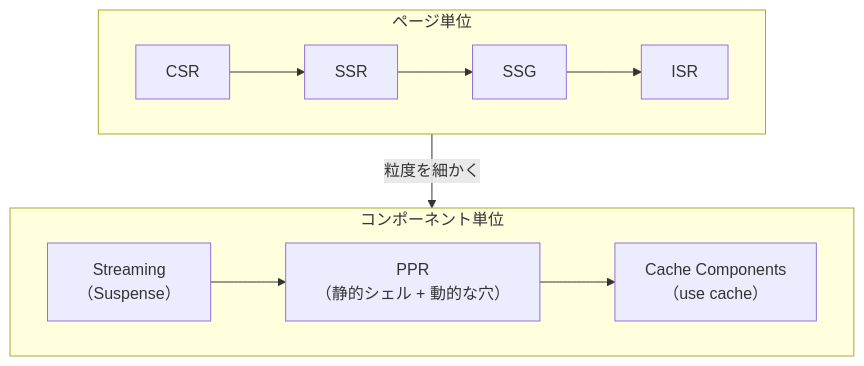
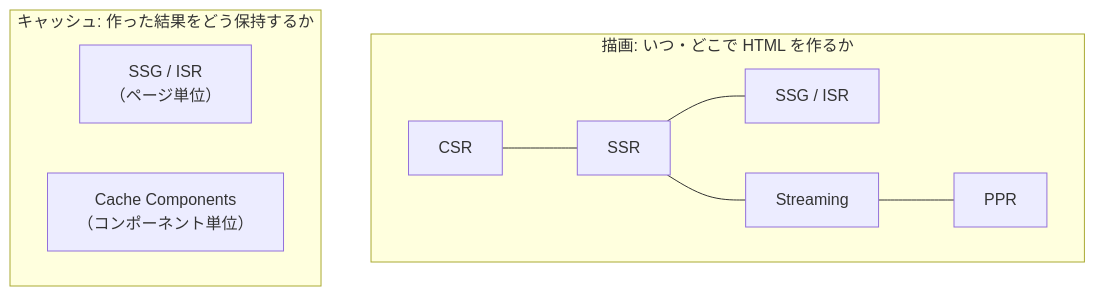
One commit to ozaki25/web-front-training-ozaki25 changed the sixth of 6 diagrams in docs/drafts/004/index.md. Above: the diagram before and after it, drawn with Mermaid. The commit also changed other lines of this file, not shown here.

````diff
--- a/docs/drafts/004/index.md
+++ b/docs/drafts/004/index.md
@@ -221,12 +232,14 @@
 ```mermaid
 flowchart TB
-  subgraph page_level["ページ単位"]
+  subgraph rendering["描画: いつ・どこで HTML を作るか"]
     direction LR
-    CSR["CSR"] --> SSR["SSR"] --> SSG["SSG"] --> ISR["ISR"]
+    CSR["CSR"] --- SSR["SSR"] --- SSG["SSG / ISR"]
+    SSR --- Streaming["Streaming"]
+    Streaming --- PPR["PPR"]
   end
-  subgraph component_level["コンポーネント単位"]
+  subgraph caching["キャッシュ: 作った結果をどう保持するか"]
     direction LR
-    Stream["Streaming\n（Suspense）"] --> PPR["PPR\n（静的シェル + 動的な穴）"] --> Cache["Cache Components\n（use cache）"]
+    PageCache["SSG / ISR\n（ページ単位）"]
+    ComponentCache["Cache Components\n（コンポーネント単位）"]
   end
-  page_level -->|粒度を細かく| component_level
 ```
````
